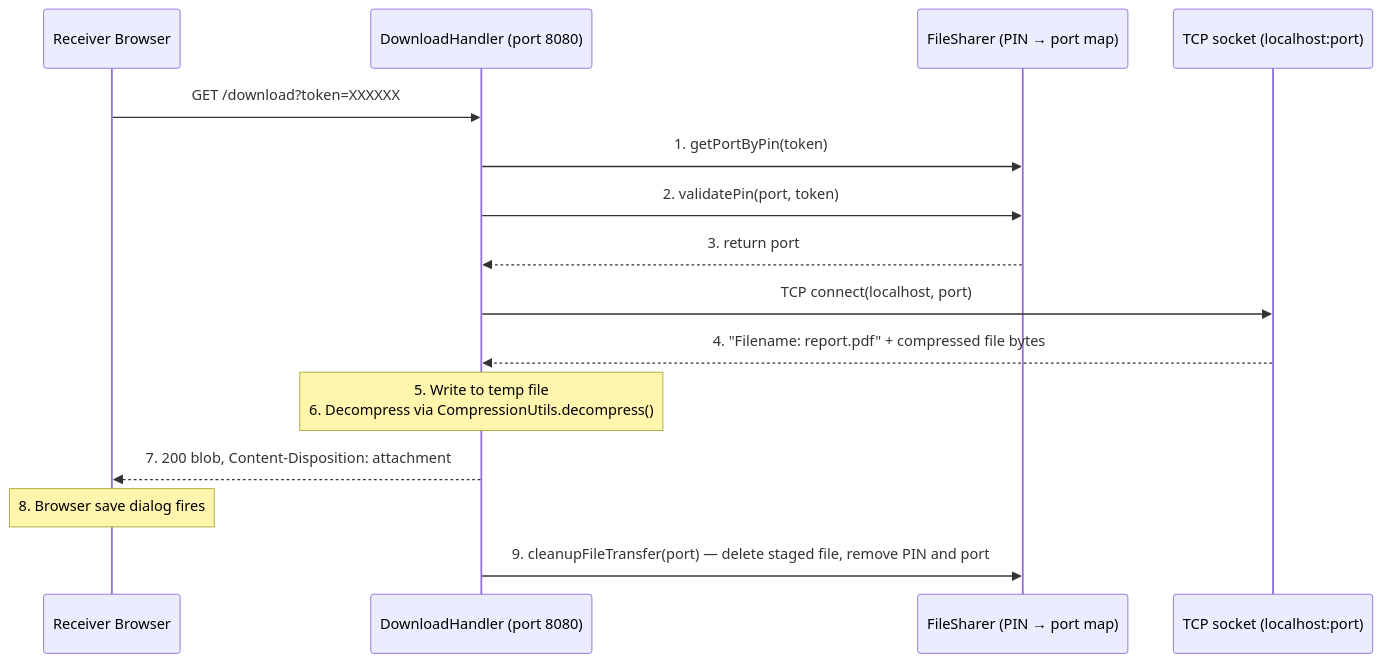
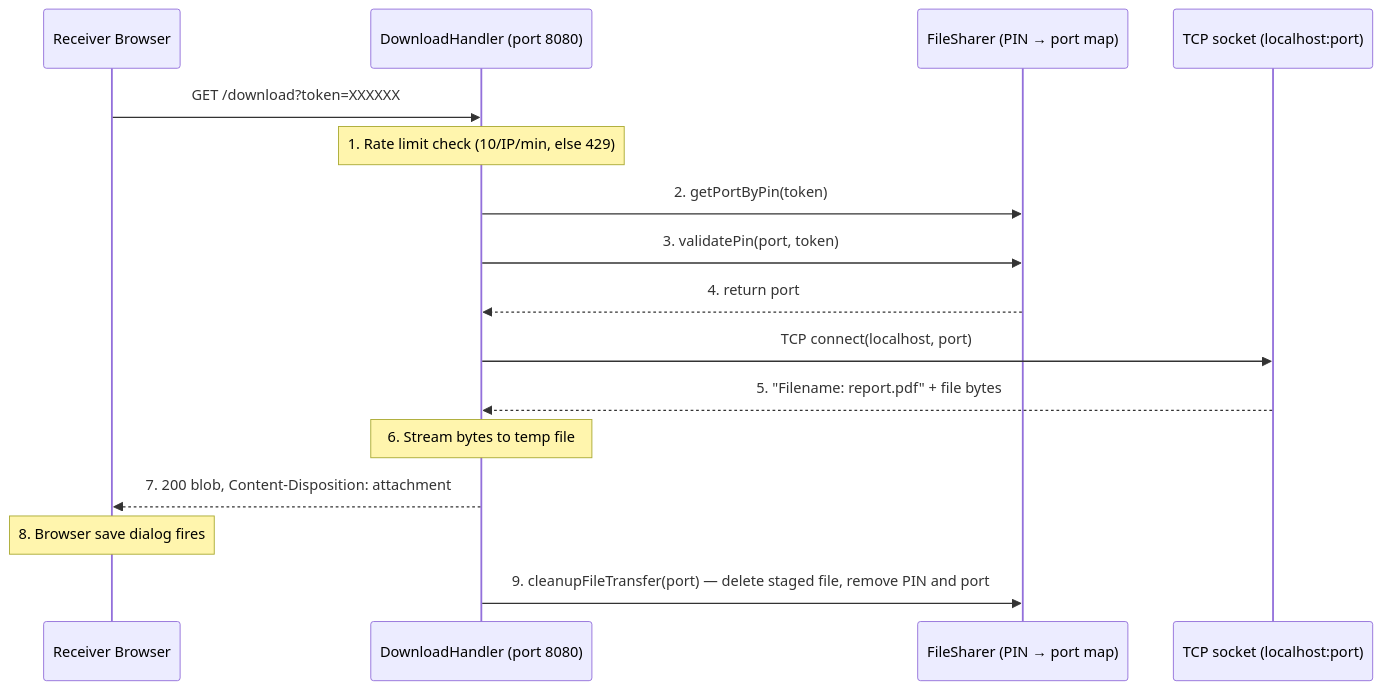
Before and after one commit to utkarsh-gupta17/SwiftShare: the fourth of 7 diagrams in README.md, drawn with Mermaid. The commit also changed other lines of this file and 9 other files, not shown here.

````diff
--- a/README.md
+++ b/README.md
@@ -197,18 +198,19 @@
 ```mermaid
 sequenceDiagram
     participant R as Receiver Browser
     participant DH as DownloadHandler (port 8080)
     participant FS as FileSharer (PIN → port map)
     participant S as TCP socket (localhost:port)
 
     R->>DH: GET /download?token=XXXXXX
-    DH->>FS: 1. getPortByPin(token)
-    DH->>FS: 2. validatePin(port, token)
-    FS-->>DH: 3. return port
+    Note over DH: 1. Rate limit check (10/IP/min, else 429)
+    DH->>FS: 2. getPortByPin(token)
+    DH->>FS: 3. validatePin(port, token)
+    FS-->>DH: 4. return port
     DH->>S: TCP connect(localhost, port)
-    S-->>DH: 4. "Filename: report.pdf" + compressed file bytes
-    Note over DH: 5. Write to temp file<br/>6. Decompress via CompressionUtils.decompress()
+    S-->>DH: 5. "Filename: report.pdf" + file bytes
+    Note over DH: 6. Stream bytes to temp file
     DH-->>R: 7. 200 blob, Content-Disposition: attachment
     Note over R: 8. Browser save dialog fires
     DH->>FS: 9. cleanupFileTransfer(port) — delete staged file, remove PIN and port
 ```
````
